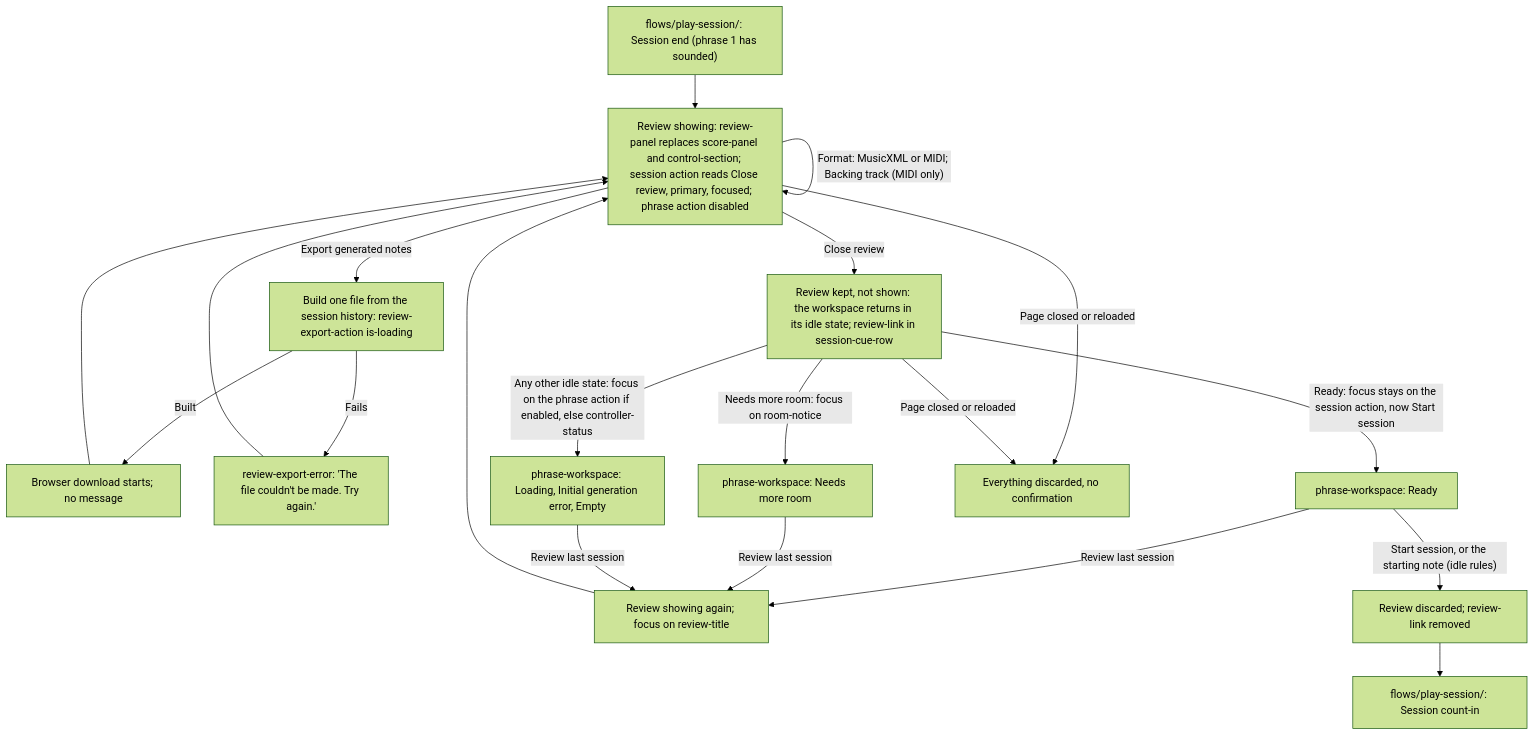
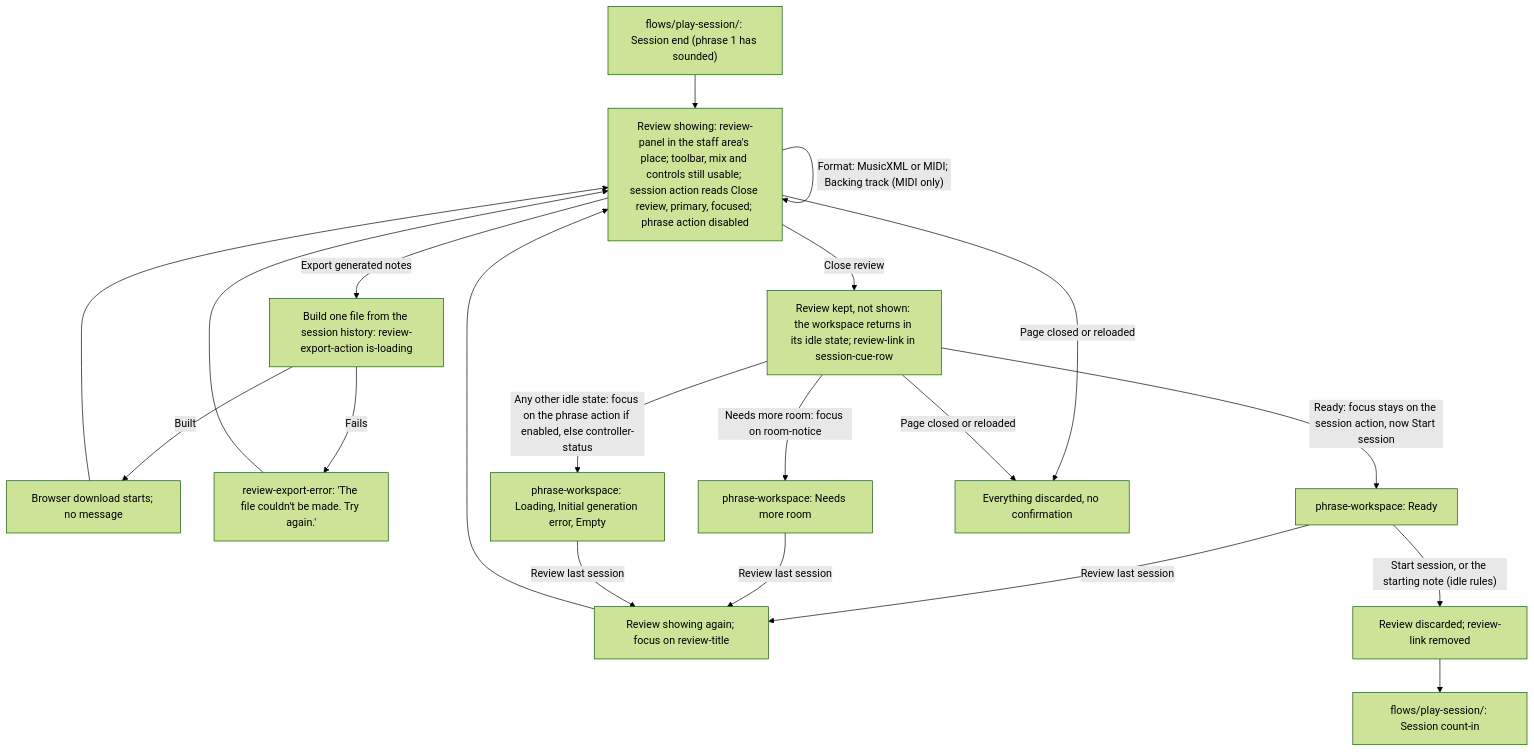
One commit to kluthen/infinite-flow changed the diagram in ui_ux/flows/review-and-export/handoff.md. Above: the diagram before and after it, drawn with Mermaid (forest theme). The commit also changed other lines of this file and 11 other files, not shown here.

First line of the commit message:
UX: keep the controls reachable while the Review shows

````diff
--- a/ui_ux/flows/review-and-export/handoff.md
+++ b/ui_ux/flows/review-and-export/handoff.md
@@ -5,24 +5,24 @@
 ```mermaid
 flowchart TD
-  PS["flows/play-session/: Session end (phrase 1 has sounded)"] --> RV["Review showing: review-panel replaces score-panel and control-section; session action reads Close review, primary, focused; phrase action disabled"]
+  PS["flows/play-session/: Session end (phrase 1 has sounded)"] --> RV["Review showing: review-panel in the staff area's place; toolbar, mix and controls still usable; session action reads Close review, primary, focused; phrase action disabled"]
   RV -.->|"Meanwhile, hidden: session systems cleared; next phrase generated from the current controls (fresh seed, no carry-in, idle fit retries), or none while the staff has no room"| RV
-  RV -->|"Start session is not offered; any MIDI note does nothing"| RV
+  RV -->|"Start session is not offered; no MIDI note starts a session"| RV
   RV -->|"Format: MusicXML or MIDI; Backing track (MIDI only)"| RV
   RV -->|Export generated notes| X[Build one file from the session history: review-export-action is-loading]
   X -->|Built| DL[Browser download starts; no message]
   X -->|Fails| XE["review-export-error: 'The file couldn't be made. Try again.'"]
   DL --> RV
   XE --> RV
   RV -->|Close review| LV["Review kept, not shown: the workspace returns in its idle state; review-link in session-cue-row"]
   LV -->|"Ready: focus stays on the session action, now Start session"| RD[phrase-workspace: Ready]
   LV -->|"Needs more room: focus on room-notice"| NM[phrase-workspace: Needs more room]
   LV -->|"Any other idle state: focus on the phrase action if enabled, else controller-status"| OT["phrase-workspace: Loading, Initial generation error, Empty"]
   RD -->|Review last session| RV2[Review showing again; focus on review-title]
   NM -->|Review last session| RV2
   OT -->|Review last session| RV2
   RV2 --> RV
   RD -->|"Start session, or the starting note (idle rules)"| ST[Review discarded; review-link removed]
   ST --> PS2["flows/play-session/: Session count-in"]
   RV -->|Page closed or reloaded| GONE[Everything discarded, no confirmation]
   LV -->|Page closed or reloaded| GONE
 ```
````
